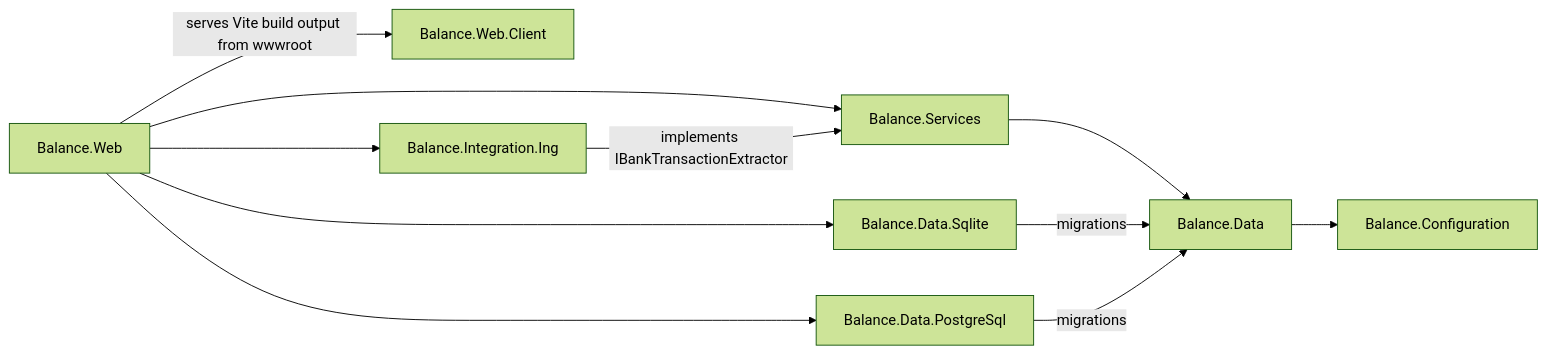
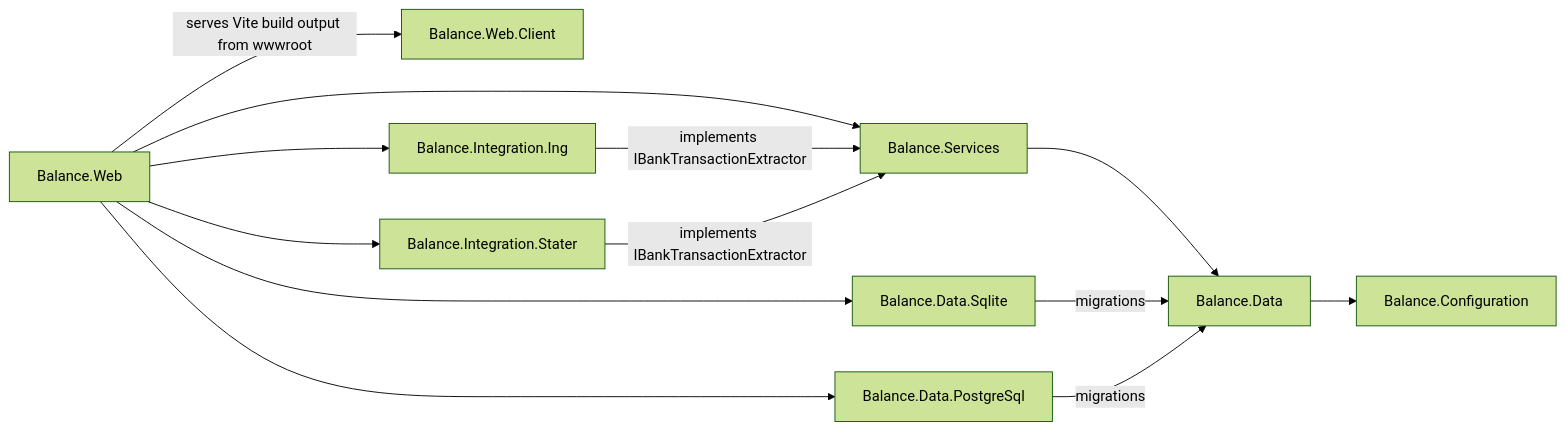
Before and after one commit to balance-budget/balance-budget: the diagram in CLAUDE.md, drawn with Mermaid (forest theme). The commit also changed other lines of this file and 2 other files, not shown here.

Commit message:
docs: document the Stater construction-deposit integration project

````diff
--- a/CLAUDE.md
+++ b/CLAUDE.md
@@ -73,24 +73,27 @@
 ```mermaid
 graph LR
     Web[Balance.Web]
     Client[Balance.Web.Client]
     Services[Balance.Services]
     Data[Balance.Data]
     Configuration[Balance.Configuration]
     Sqlite[Balance.Data.Sqlite]
     Postgres[Balance.Data.PostgreSql]
     IntegrationIng[Balance.Integration.Ing]
+    IntegrationStater[Balance.Integration.Stater]
 
     Web -->|serves Vite build output from wwwroot| Client
     Web --> Services
     Services --> Data
     Data --> Configuration
 
     Web --> Sqlite
     Web --> Postgres
     Sqlite -->|migrations| Data
     Postgres -->|migrations| Data
 
     Web --> IntegrationIng
     IntegrationIng -->|implements IBankTransactionExtractor| Services
+    Web --> IntegrationStater
+    IntegrationStater -->|implements IBankTransactionExtractor| Services
 ```
````
